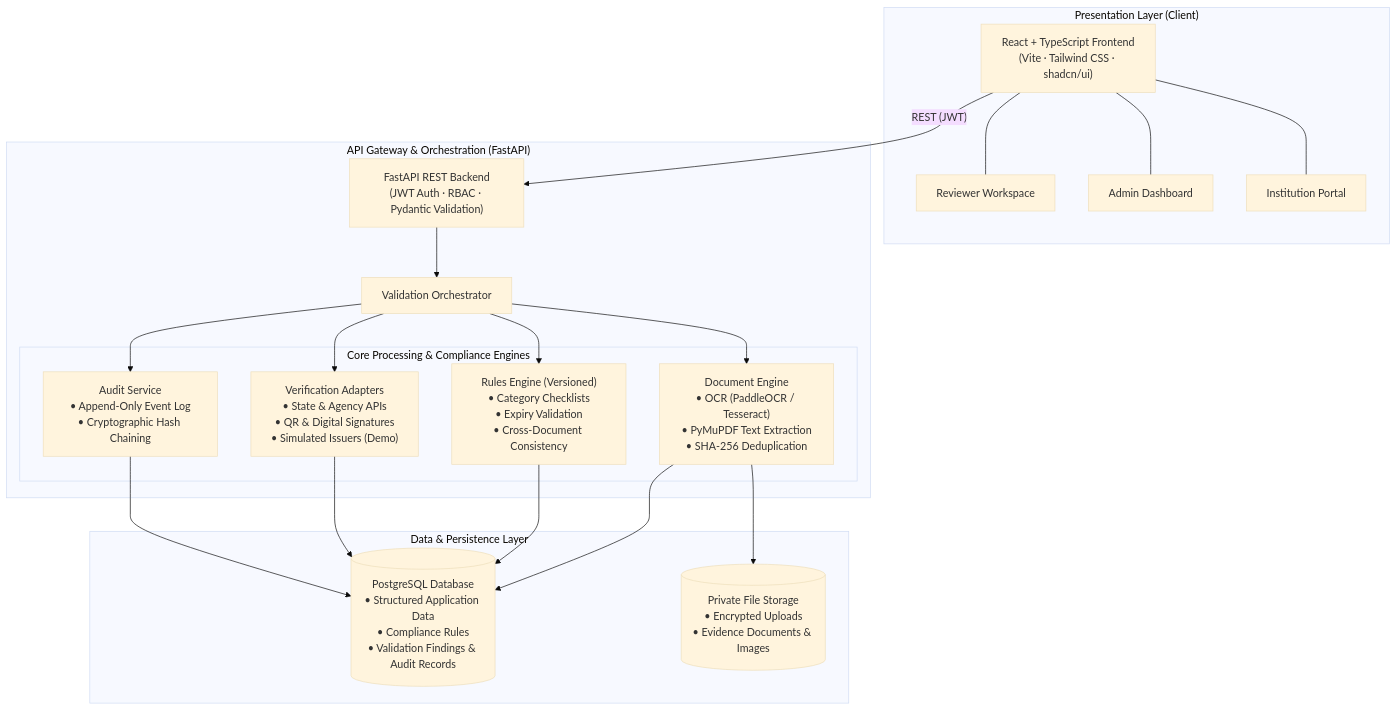
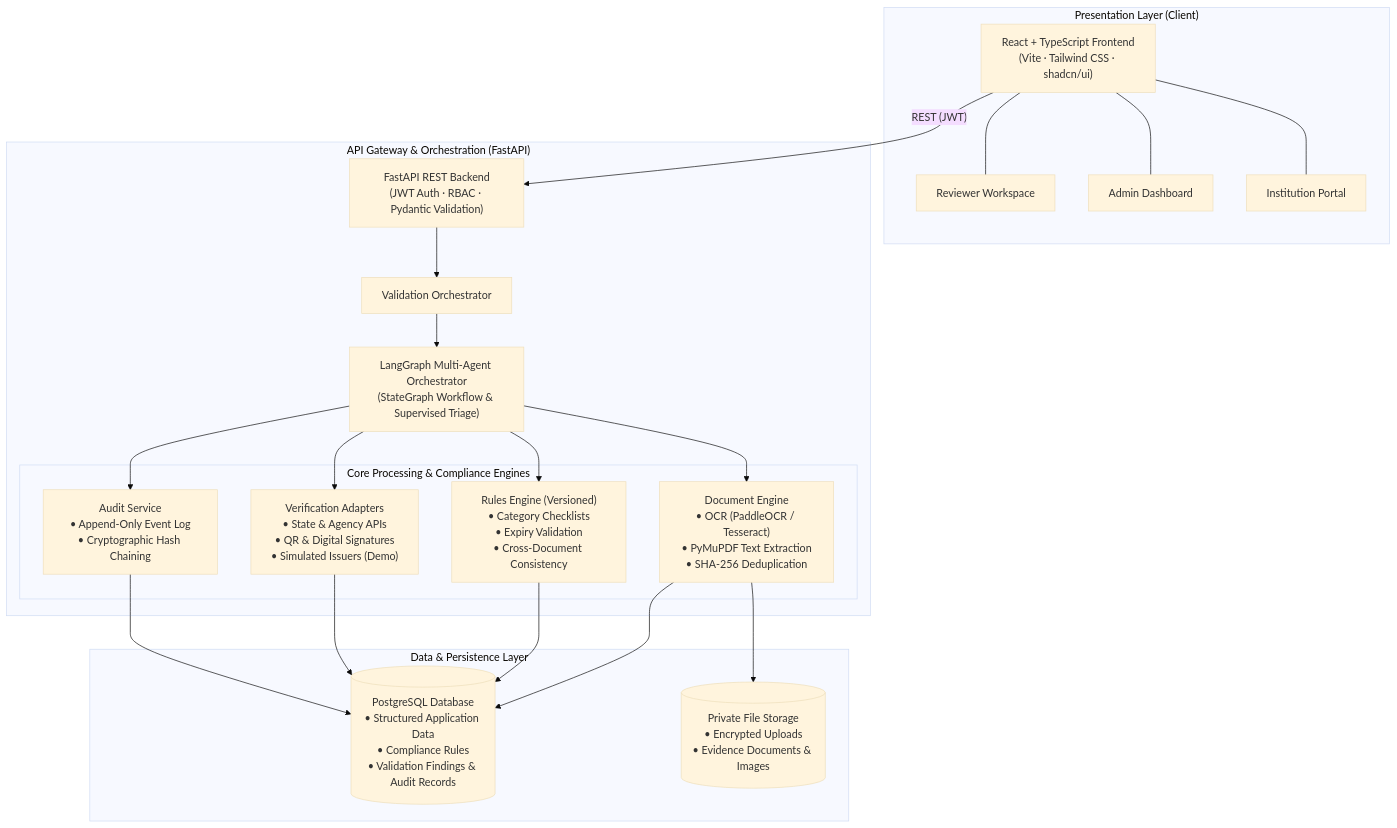
Before and after one commit to Dhayananth1511/SIH2026: the first of 3 diagrams in README.md, drawn with Mermaid (base theme). The commit also changed other lines of this file, not shown here.

Commit message:
docs: promote LangGraph agent orchestration from optional to core required architecture

````diff
--- a/README.md
+++ b/README.md
@@ -112,42 +112,44 @@
 ```mermaid
 graph TB
     subgraph Presentation["Presentation Layer (Client)"]
         Frontend["React + TypeScript Frontend<br/>(Vite · Tailwind CSS · shadcn/ui)"]
         Portal["Institution Portal"]
         Dashboard["Admin Dashboard"]
         Reviewer["Reviewer Workspace"]
         Frontend --- Portal
         Frontend --- Dashboard
         Frontend --- Reviewer
     end
 
     subgraph BackendGateway["API Gateway & Orchestration (FastAPI)"]
         API["FastAPI REST Backend<br/>(JWT Auth · RBAC · Pydantic Validation)"]
         Orchestrator["Validation Orchestrator"]
+        LangGraph["LangGraph Multi-Agent Orchestrator<br/>(StateGraph Workflow & Supervised Triage)"]
         API --> Orchestrator
+        Orchestrator --> LangGraph
 
         subgraph CoreEngines["Core Processing & Compliance Engines"]
             DocEngine["Document Engine<br/>• OCR (PaddleOCR / Tesseract)<br/>• PyMuPDF Text Extraction<br/>• SHA-256 Deduplication"]
             RulesEngine["Rules Engine (Versioned)<br/>• Category Checklists<br/>• Expiry Validation<br/>• Cross-Document Consistency"]
             IssuerAdapters["Verification Adapters<br/>• State & Agency APIs<br/>• QR & Digital Signatures<br/>• Simulated Issuers (Demo)"]
             AuditService["Audit Service<br/>• Append-Only Event Log<br/>• Cryptographic Hash Chaining"]
         end
 
-        Orchestrator --> DocEngine
-        Orchestrator --> RulesEngine
-        Orchestrator --> IssuerAdapters
-        Orchestrator --> AuditService
+        LangGraph --> DocEngine
+        LangGraph --> RulesEngine
+        LangGraph --> IssuerAdapters
+        LangGraph --> AuditService
     end
 
     subgraph StorageLayer["Data & Persistence Layer"]
         Postgres[("PostgreSQL Database<br/>• Structured Application Data<br/>• Compliance Rules<br/>• Validation Findings & Audit Records")]
         FileStore[("Private File Storage<br/>• Encrypted Uploads<br/>• Evidence Documents & Images")]
     end
 
     Frontend -->|"REST (JWT)"| API
     AuditService --> Postgres
     RulesEngine --> Postgres
     DocEngine --> FileStore
     DocEngine --> Postgres
     IssuerAdapters --> Postgres
 ```
````
